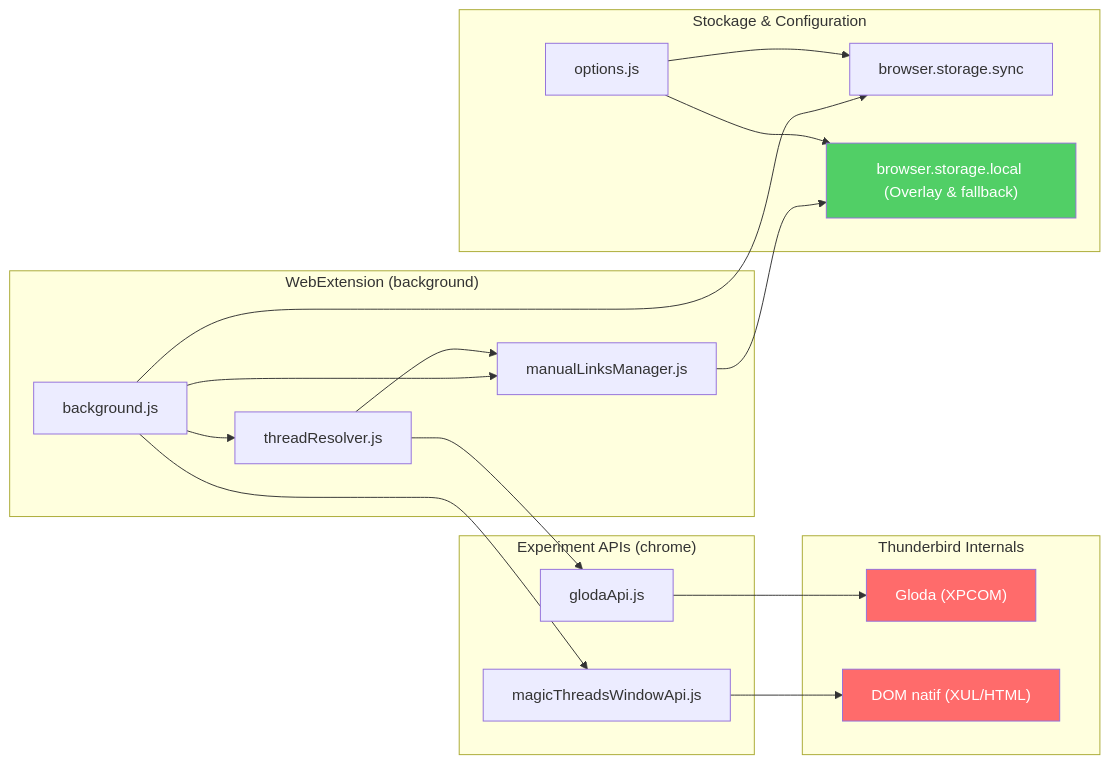
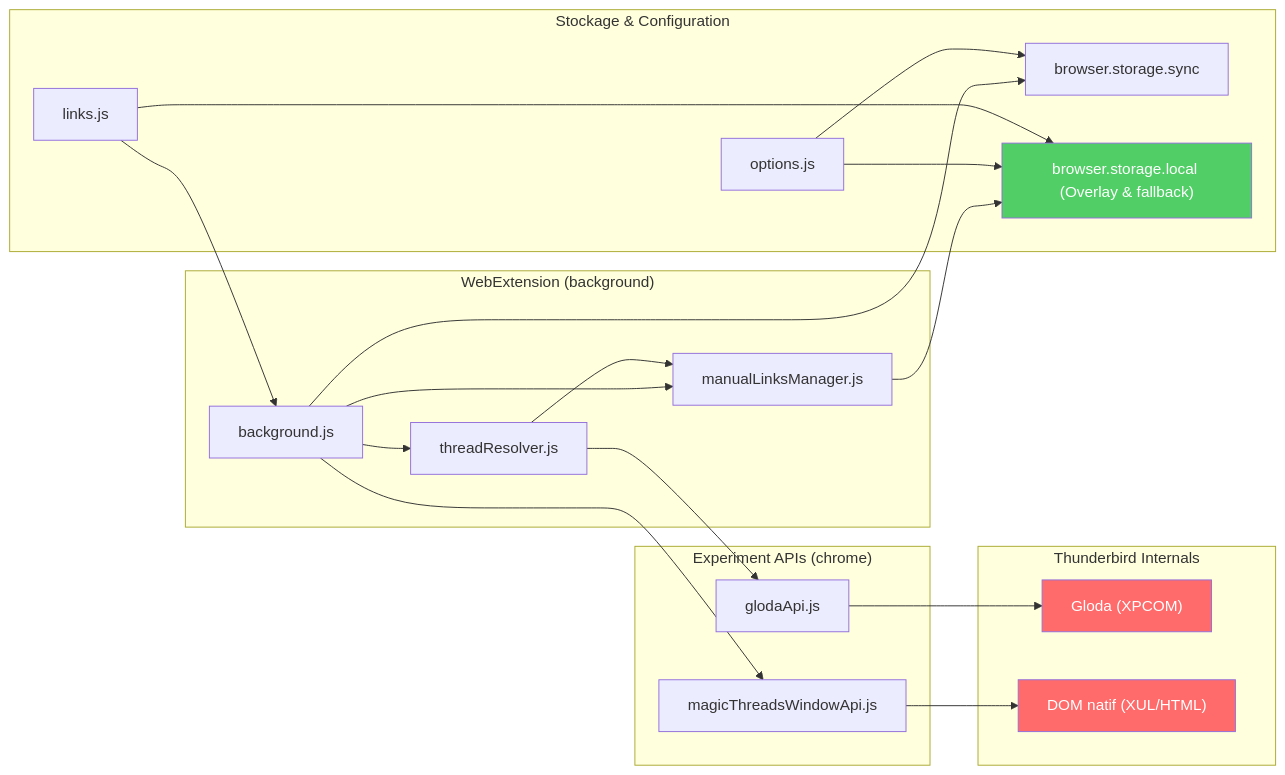
Before and after one commit to mtfkarukera/magic-threads: the seventh of 7 diagrams in ARCHITECTURE.md, drawn with Mermaid. The commit also changed other lines of this file and 21 other files, not shown here.

````diff
--- a/ARCHITECTURE.md
+++ b/ARCHITECTURE.md
@@ -352,40 +353,43 @@
 ```mermaid
 graph LR
     subgraph "WebExtension (background)"
         BG["background.js"]
         TR["threadResolver.js"]
         MLM["manualLinksManager.js"]
     end
 
     subgraph "Experiment APIs (chrome)"
         GA["glodaApi.js"]
         WA["magicThreadsWindowApi.js"]
     end
 
     subgraph "Thunderbird Internals"
         GLODA["Gloda (XPCOM)"]
         DOM["DOM natif (XUL/HTML)"]
     end
 
     subgraph "Stockage & Configuration"
         OPT["options.js"]
+        LNK["links.js"]
         STORAGE_SYNC["browser.storage.sync"]
         STORAGE_LOCAL["browser.storage.local (Overlay & fallback)"]
     end
 
     BG --> TR
     BG --> MLM
     TR --> GA
     TR --> MLM
     GA --> GLODA
     BG --> WA
     WA --> DOM
     BG --> STORAGE_SYNC
     OPT --> STORAGE_SYNC
     MLM --> STORAGE_LOCAL
     OPT --> STORAGE_LOCAL
+    LNK --> BG
+    LNK --> STORAGE_LOCAL
 
     style GLODA fill:#ff6b6b,color:#fff
     style DOM fill:#ff6b6b,color:#fff
     style STORAGE_LOCAL fill:#51cf66,color:#fff
 ```
````
